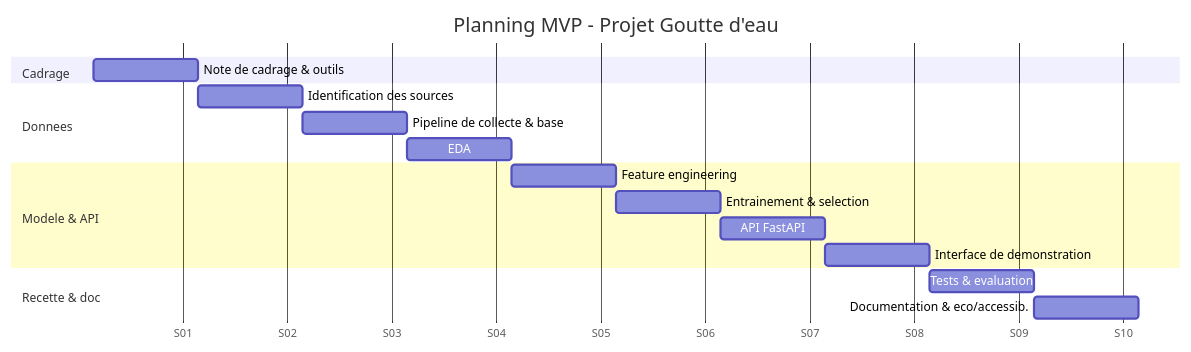
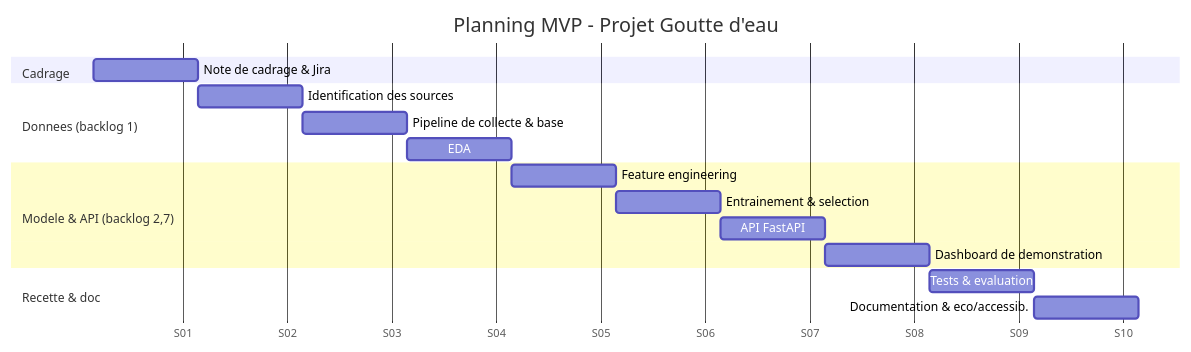
The diagram in docs/01-planification.md (gohnzy/pjgouttedeau_MVP), drawn with Mermaid before and after one commit. The commit also changed other lines of this file and 7 other files, not shown here.

````diff
--- a/docs/01-planification.md
+++ b/docs/01-planification.md
@@ -114,21 +170,21 @@
 ```mermaid
 gantt
     title Planning MVP - Projet Goutte d'eau
     dateFormat  YYYY-MM-DD
     axisFormat  S%W
 
     section Cadrage
-    Note de cadrage & outils      :a1, 2025-01-06, 1w
-    section Donnees
+    Note de cadrage & Jira        :a1, 2025-01-06, 1w
+    section Donnees (backlog 1)
     Identification des sources    :b1, after a1, 1w
     Pipeline de collecte & base   :b2, after b1, 1w
     EDA                           :b3, after b2, 1w
-    section Modele & API
+    section Modele & API (backlog 2,7)
     Feature engineering           :c1, after b3, 1w
     Entrainement & selection      :c2, after c1, 1w
     API FastAPI                   :c3, after c2, 1w
-    Interface de demonstration    :c4, after c3, 1w
+    Dashboard de demonstration    :c4, after c3, 1w
     section Recette & doc
     Tests & evaluation            :d1, after c4, 1w
     Documentation & eco/accessib. :d2, after d1, 1w
 ```
````
